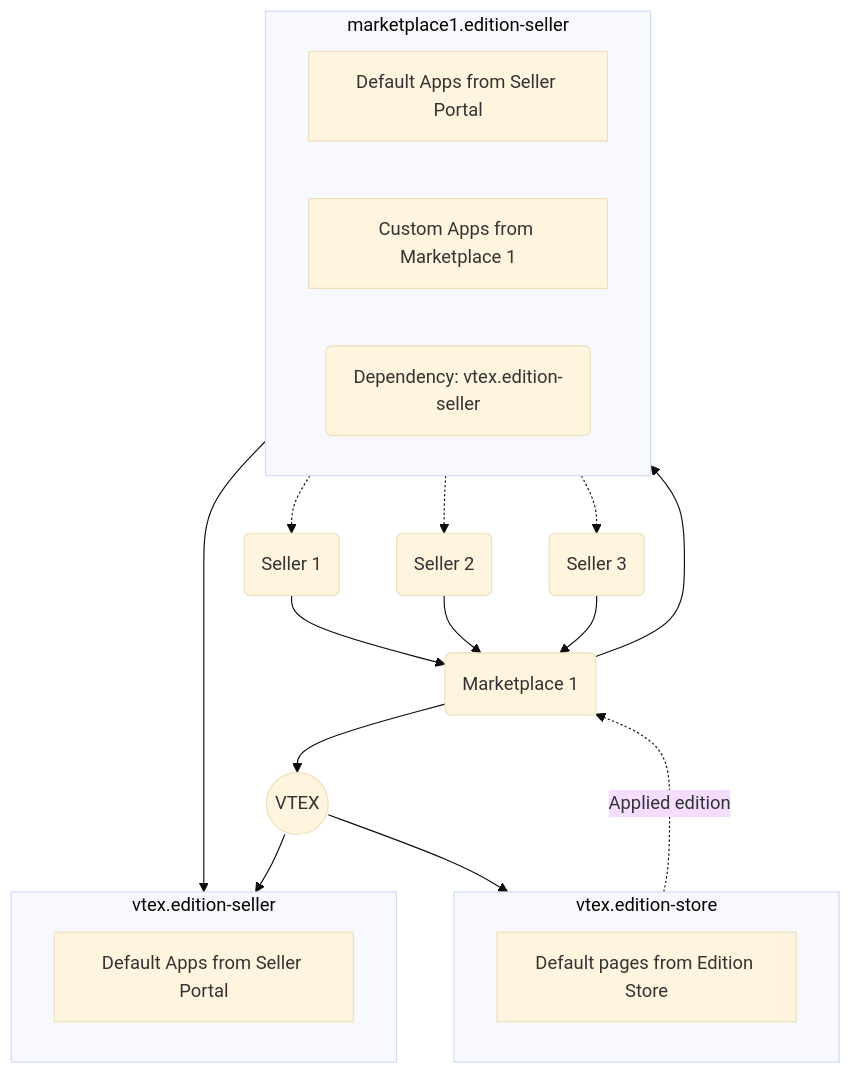
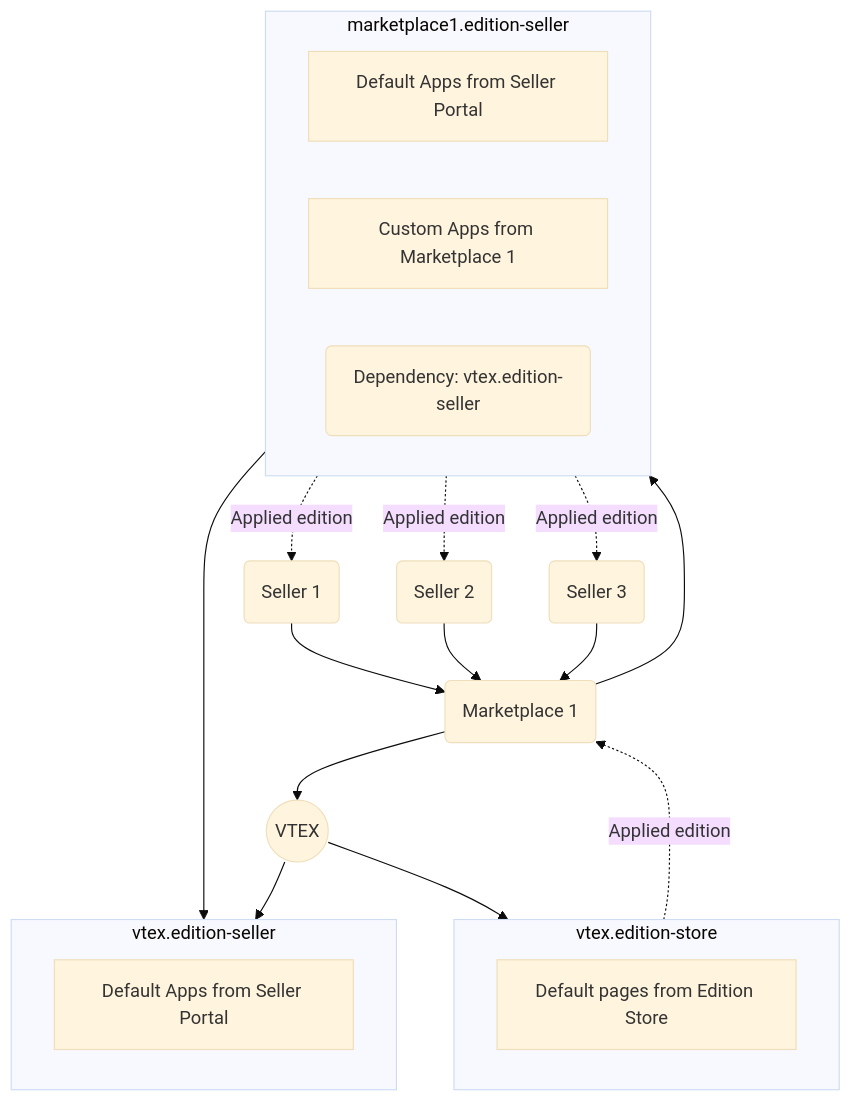
Before and after one commit to vtexdocs/dev-portal-content: the diagram in docs/vtex-io/App-Guides/managing-edition-apps/seller-portal-edition-app.md, drawn with Mermaid (base theme). The commit also changed other lines of this file, not shown here.

````diff
--- a/docs/vtex-io/App-Guides/managing-edition-apps/seller-portal-edition-app.md
+++ b/docs/vtex-io/App-Guides/managing-edition-apps/seller-portal-edition-app.md
@@ -69,29 +70,29 @@
 ```mermaid
 graph TB
     vtex --> vtex.edition-seller
     vtex --> vtex.edition-store
     marketplace1.edition-seller --> vtex.edition-seller
     mkt(Marketplace 1) --> marketplace1.edition-seller
     mkt(Marketplace 1) --> vtex((VTEX))
     vtex.edition-store -.Applied edition.-> mkt
-    marketplace1.edition-seller -.-> s1
-    marketplace1.edition-seller -.-> s2
-    marketplace1.edition-seller -.-> s3
+    marketplace1.edition-seller -.Applied edition.-> s1
+    marketplace1.edition-seller -.Applied edition.-> s2
+    marketplace1.edition-seller -.Applied edition.-> s3
     s1(Seller 1) --> mkt
     s2(Seller 2) --> mkt
     s3(Seller 3) --> mkt
 
     subgraph vtex.edition-seller
         da[Default Apps from Seller Portal]
     end
 
     subgraph vtex.edition-store
         des[Default pages from Edition Store]
     end
 
     subgraph marketplace1.edition-seller
         das[Default Apps from Seller Portal]
         ca[Custom Apps from Marketplace 1]
         dep(Dependency: vtex.edition-seller)
     end
 ```
````
